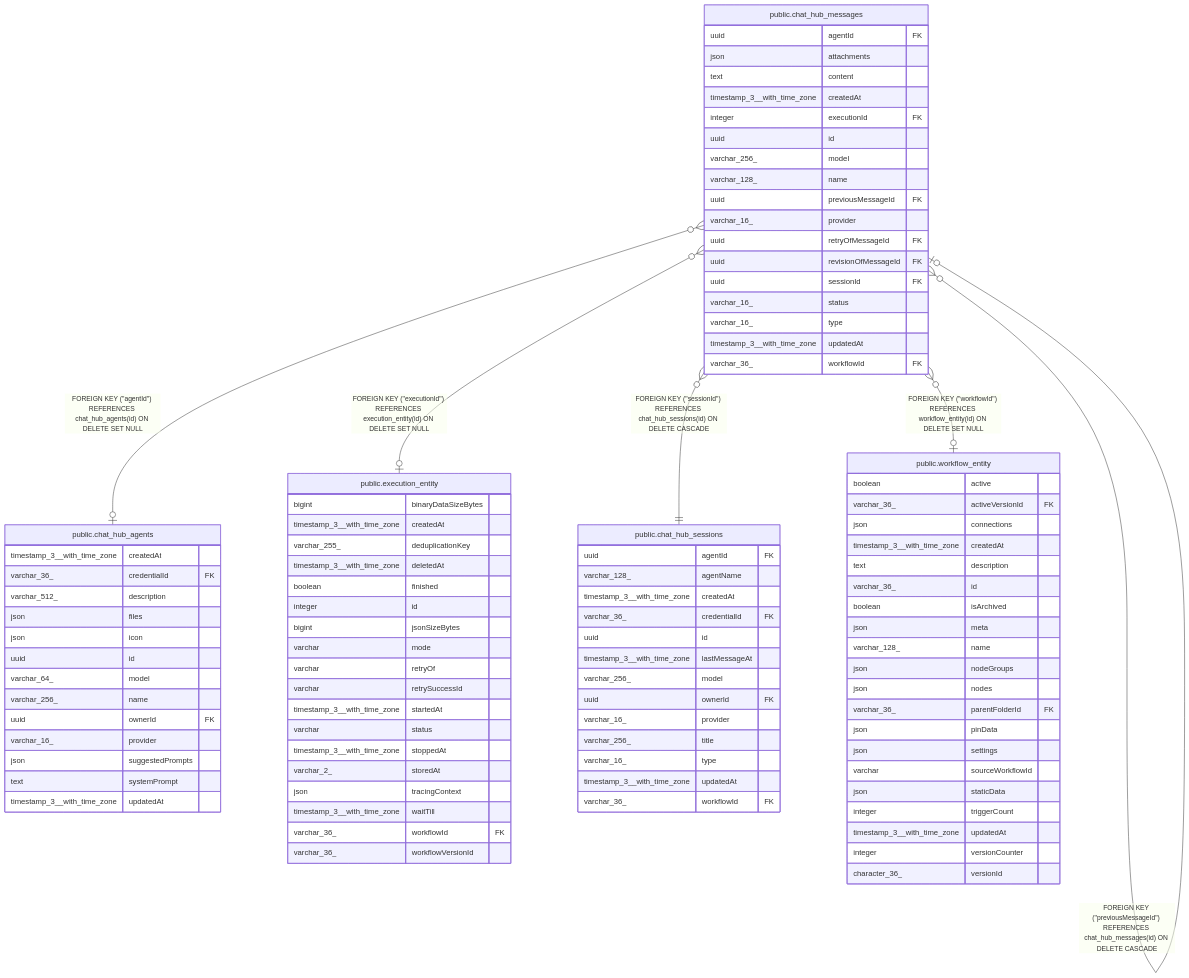
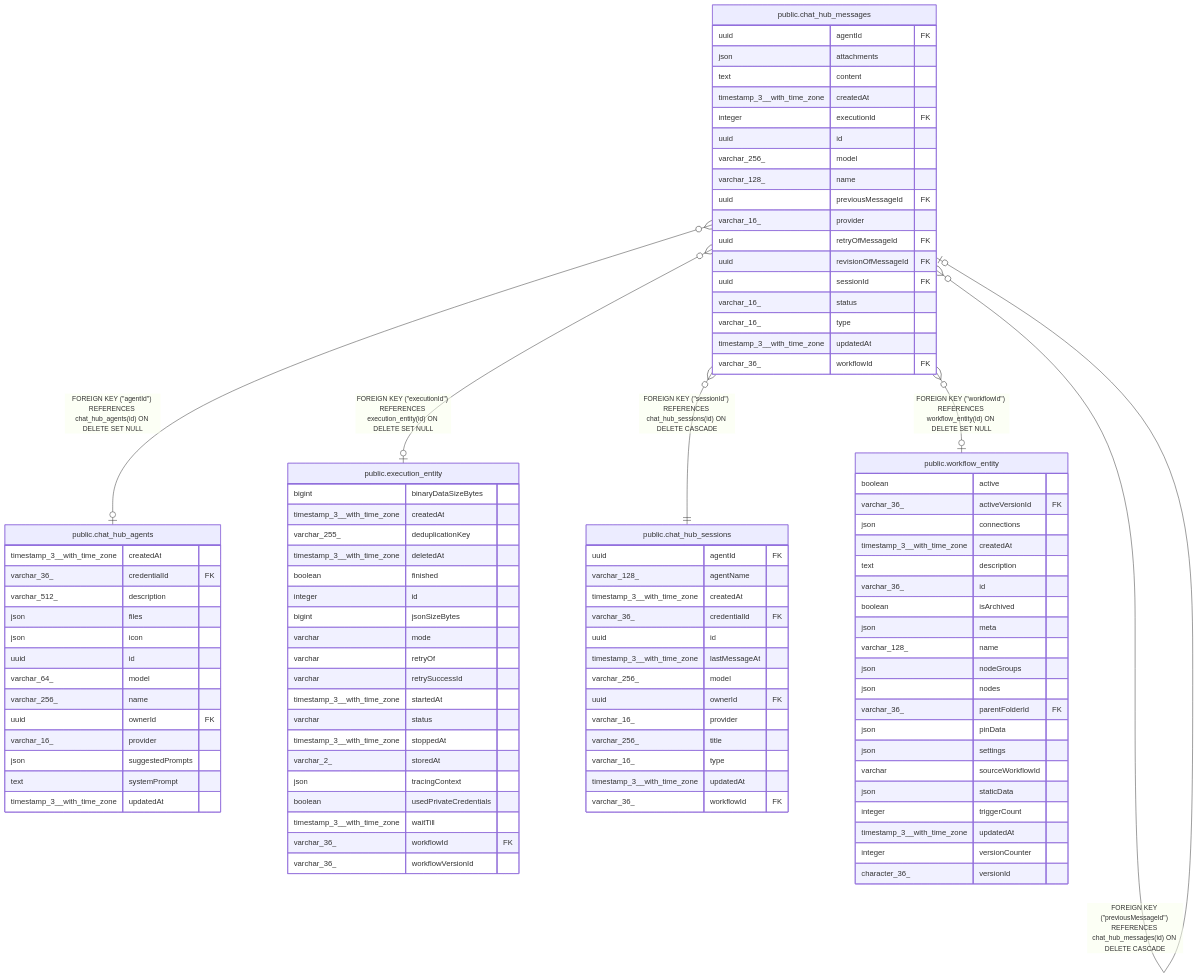
One commit to ggrace519/n8n changed the diagram in docs/generated/postgres-schema/public.chat_hub_messages.md. Above: the diagram before and after it, drawn with Mermaid. The commit also changed 28 other files, not shown here.

```diff
--- a/docs/generated/postgres-schema/public.chat_hub_messages.md
+++ b/docs/generated/postgres-schema/public.chat_hub_messages.md
@@ -113,6 +113,7 @@
   timestamp_3__with_time_zone stoppedAt
   varchar_2_ storedAt
   json tracingContext
+  boolean usedPrivateCredentials
   timestamp_3__with_time_zone waitTill
   varchar_36_ workflowId FK
   varchar_36_ workflowVersionId
```
